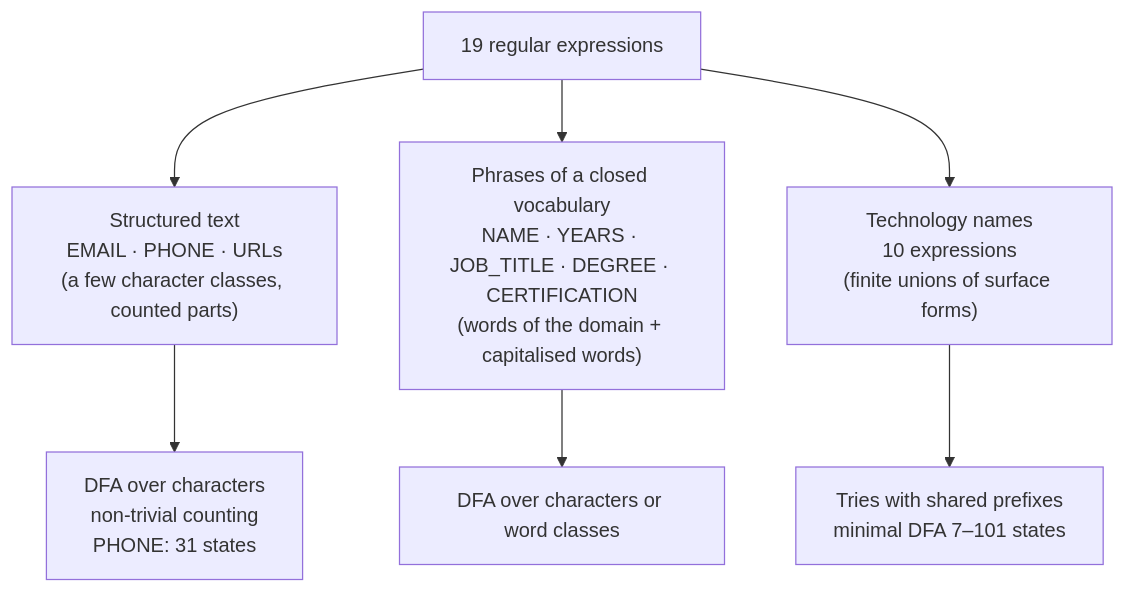
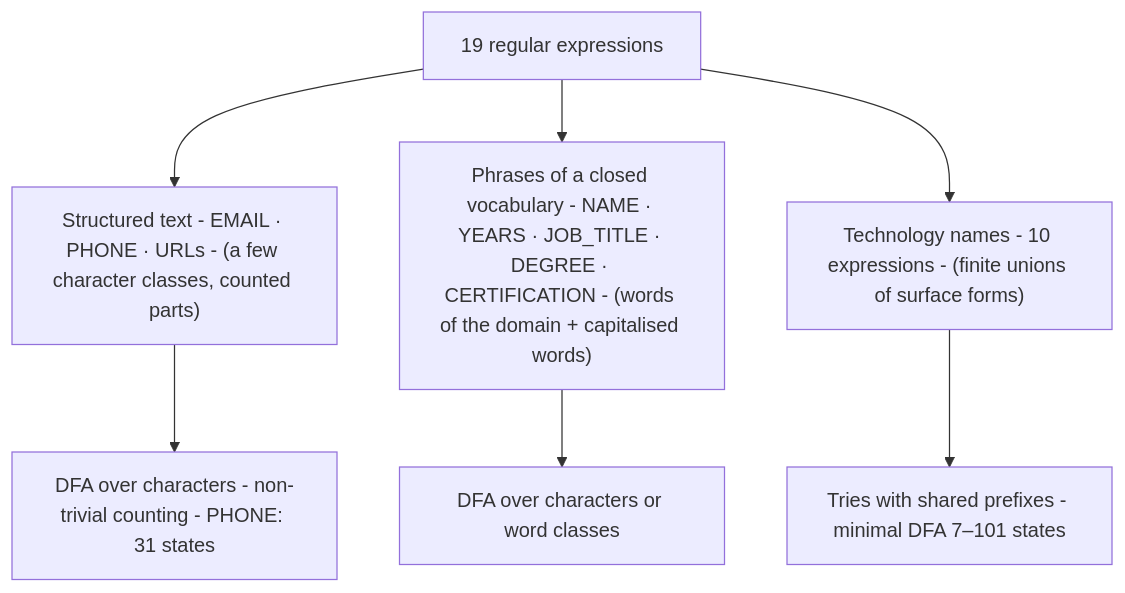
One commit to JuanJoe-18/DiscreteIII-Integrative-Task-VictorTeam changed diagram 12 of 39 in docs/stage1_regex.md. Above: the diagram before and after it, drawn with Mermaid. The commit also changed other lines of this file, not shown here.

````diff
--- a/docs/stage1_regex.md
+++ b/docs/stage1_regex.md
@@ -668,10 +668,10 @@
 ```mermaid
 flowchart TD
     R[19 regular expressions]
-    R --> F1["Structured text<br/>EMAIL · PHONE · URLs<br/>(a few character classes, counted parts)"]
-    R --> F2["Phrases of a closed vocabulary<br/>NAME · YEARS · JOB_TITLE · DEGREE · CERTIFICATION<br/>(words of the domain + capitalised words)"]
-    R --> F3["Technology names<br/>10 expressions<br/>(finite unions of surface forms)"]
-    F1 --> A1["DFA over characters<br/>non-trivial counting<br/>PHONE: 31 states"]
+    R --> F1["Structured text - EMAIL · PHONE · URLs - (a few character classes, counted parts)"]
+    R --> F2["Phrases of a closed vocabulary - NAME · YEARS · JOB_TITLE · DEGREE · CERTIFICATION - (words of the domain + capitalised words)"]
+    R --> F3["Technology names - 10 expressions - (finite unions of surface forms)"]
+    F1 --> A1["DFA over characters - non-trivial counting - PHONE: 31 states"]
     F2 --> A2["DFA over characters or word classes"]
-    F3 --> A3["Tries with shared prefixes<br/>minimal DFA 7–101 states"]
+    F3 --> A3["Tries with shared prefixes - minimal DFA 7–101 states"]
 ```
````
